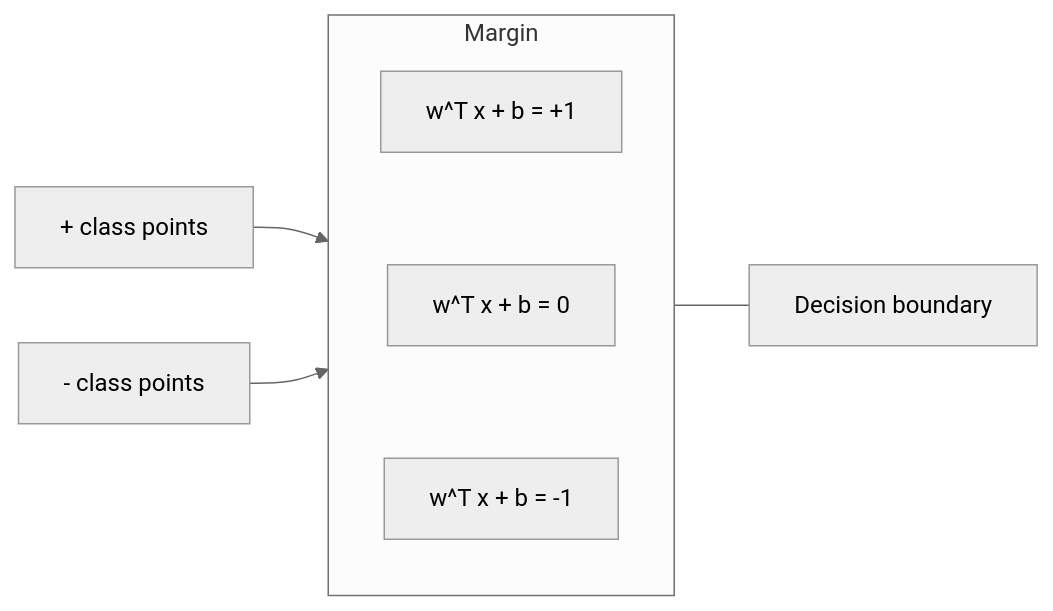
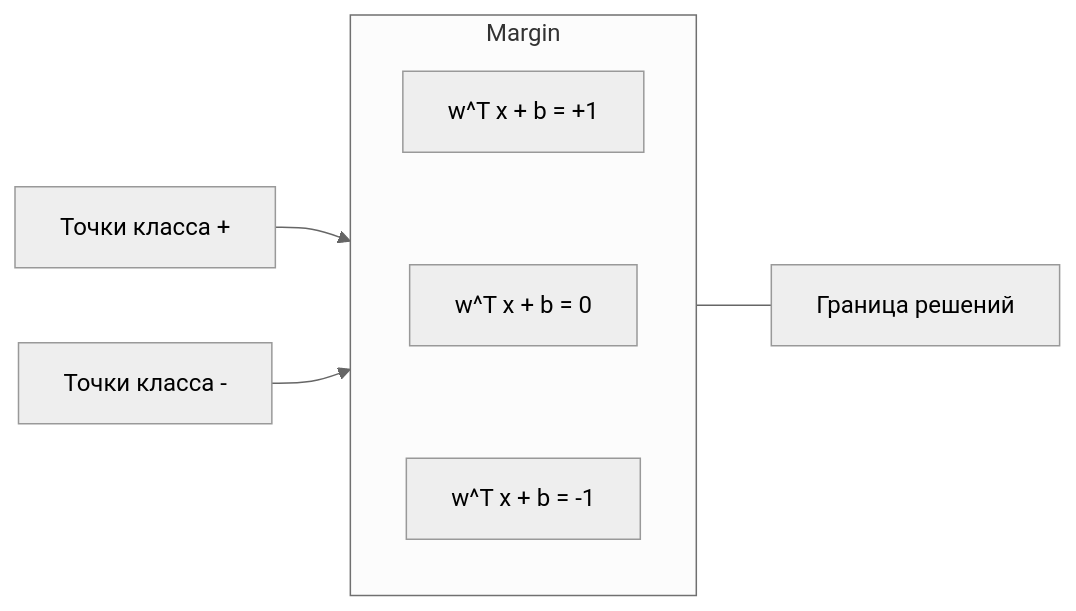
Before and after one commit to stabuev/ai-engineering-from-scratch: the first of 3 diagrams in phases/02-ml-fundamentals/05-support-vector-machines/docs/ru.md, drawn with Mermaid (neutral theme). The commit also changed other lines of this file and 22 other files, not shown here.

````diff
--- a/phases/02-ml-fundamentals/05-support-vector-machines/docs/ru.md
+++ b/phases/02-ml-fundamentals/05-support-vector-machines/docs/ru.md
@@ -41,10 +41,10 @@
 ```mermaid
 graph LR
     subgraph Margin
         direction TB
         A["w^T x + b = +1"] ~~~ B["w^T x + b = 0"] ~~~ C["w^T x + b = -1"]
     end
-    D["+ class points"] --> A
-    E["- class points"] --> C
-    B --- F["Decision boundary"]
+    D["Точки класса +"] --> A
+    E["Точки класса -"] --> C
+    B --- F["Граница решений"]
 ```
````
